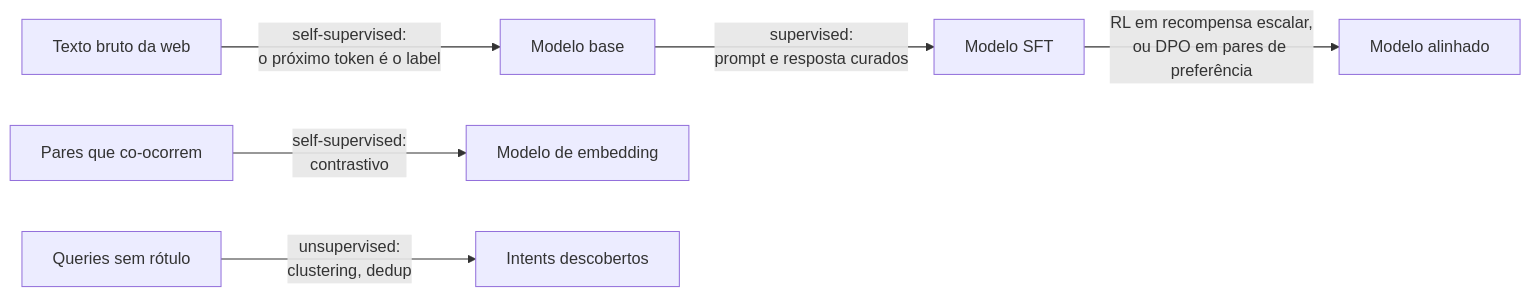
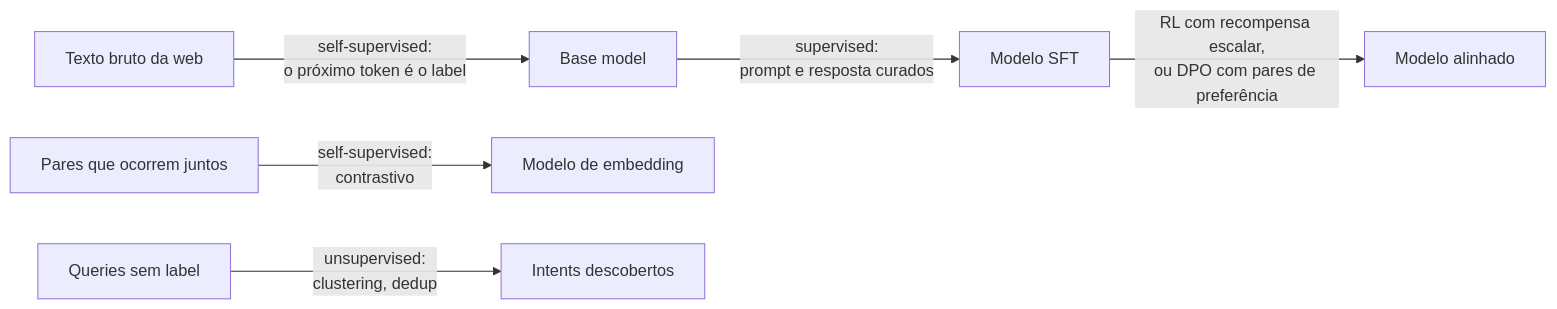
One commit to andrevberaldo/AI-Engineer-Interview-Questions changed the sixth of 27 diagrams in 01-ml-and-dl-foundations/questions.pt-BR.md. Above: the diagram before and after it, drawn with Mermaid. The commit also changed other lines of this file, not shown here.

````diff
--- a/01-ml-and-dl-foundations/questions.pt-BR.md
+++ b/01-ml-and-dl-foundations/questions.pt-BR.md
@@ -276,8 +276,8 @@
 ```mermaid
 flowchart LR
-    A["Texto bruto da web"] -->|"self-supervised:<br/>o próximo token é o label"| B["Modelo base"]
+    A["Texto bruto da web"] -->|"self-supervised:<br/>o próximo token é o label"| B["Base model"]
     B -->|"supervised:<br/>prompt e resposta curados"| C["Modelo SFT"]
-    C -->|"RL em recompensa escalar,<br/>ou DPO em pares de preferência"| D["Modelo alinhado"]
-    E["Pares que co-ocorrem"] -->|"self-supervised:<br/>contrastivo"| F["Modelo de embedding"]
-    G["Queries sem rótulo"] -->|"unsupervised:<br/>clustering, dedup"| H["Intents descobertos"]
+    C -->|"RL com recompensa escalar,<br/>ou DPO com pares de preferência"| D["Modelo alinhado"]
+    E["Pares que ocorrem juntos"] -->|"self-supervised:<br/>contrastivo"| F["Modelo de embedding"]
+    G["Queries sem label"] -->|"unsupervised:<br/>clustering, dedup"| H["Intents descobertos"]
 ```
````
